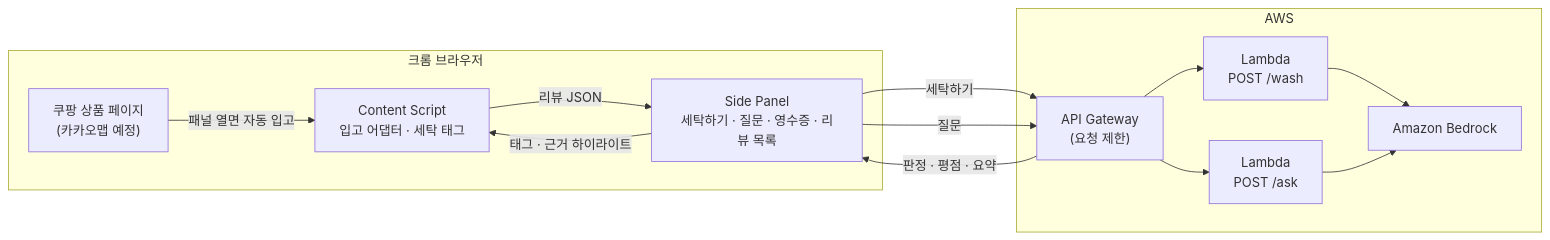
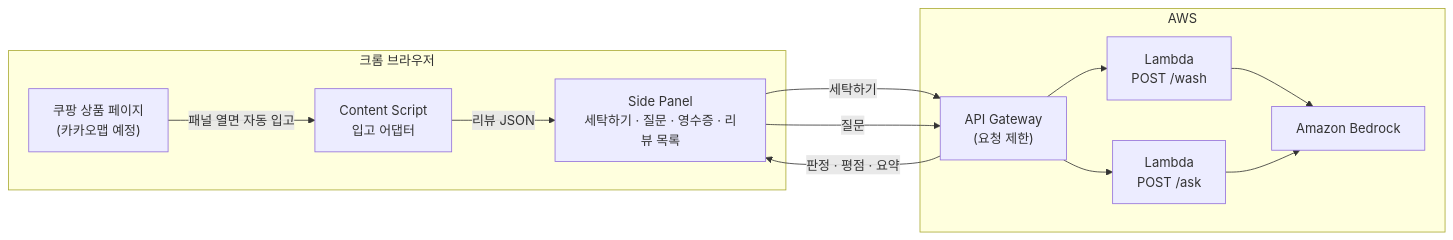
The diagram in README.md (beblack127/GyuTam), drawn with Mermaid before and after one commit. The commit also changed other lines of this file and 8 other files, not shown here.

````diff
--- a/README.md
+++ b/README.md
@@ -116,22 +117,21 @@
 ```mermaid
 flowchart LR
   subgraph Browser["크롬 브라우저"]
     P["쿠팡 상품 페이지<br/>(카카오맵 예정)"]
-    CS["Content Script<br/>입고 어댑터 · 세탁 태그"]
+    CS["Content Script<br/>입고 어댑터"]
     SP["Side Panel<br/>세탁하기 · 질문 · 영수증 · 리뷰 목록"]
   end
   subgraph AWS["AWS"]
     GW["API Gateway<br/>(요청 제한)"]
     W["Lambda<br/>POST /wash"]
     A["Lambda<br/>POST /ask"]
     BR["Amazon Bedrock"]
   end
   P -->|패널 열면 자동 입고| CS
   CS -->|리뷰 JSON| SP
   SP -->|세탁하기| GW
   SP -->|질문| GW
   GW --> W --> BR
   GW --> A --> BR
   GW -->|판정 · 평점 · 요약| SP
-  SP -->|태그 · 근거 하이라이트| CS
 ```
````
